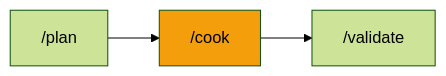
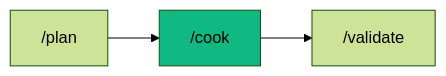
Before and after one commit to pikakit/agent-skills: the diagram in .agent/workflows/cook.md, drawn with Mermaid (forest theme). The commit also changed other lines of this file and 272 other files, not shown here.

````diff
--- a/.agent/workflows/cook.md
+++ b/.agent/workflows/cook.md
@@ -123,6 +175,6 @@
 ```mermaid
 graph LR
     A["/plan"] --> B["/cook"]
     B --> C["/validate"]
-    style B fill:#f59e0b
+    style B fill:#10b981
 ```
````
